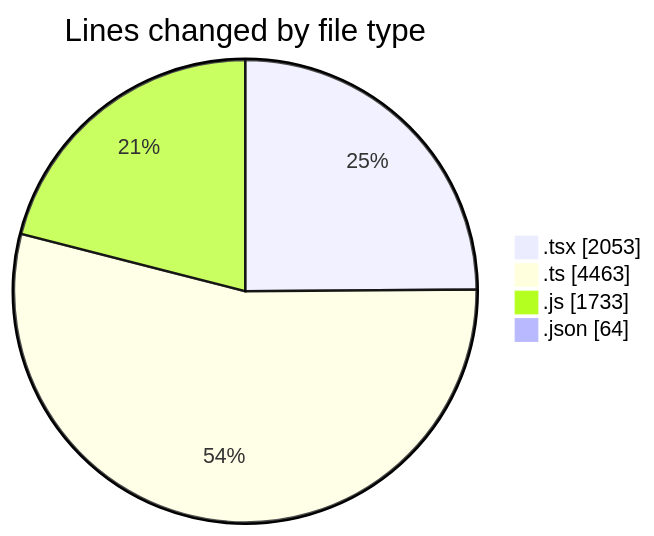
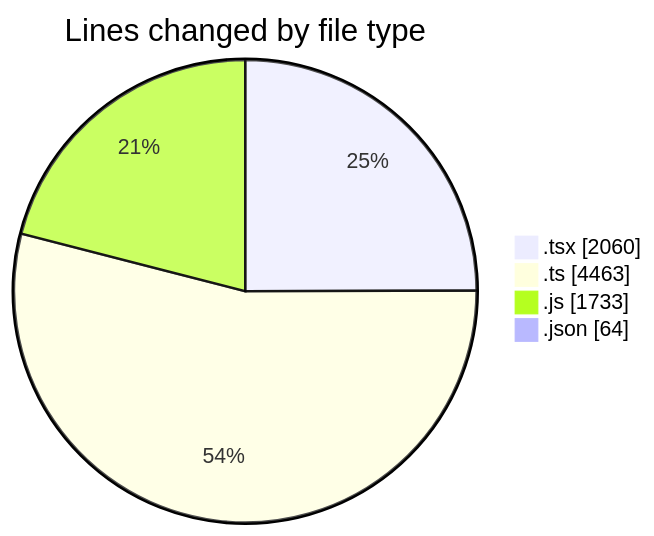
Before and after one commit to momahboobian/code-tracking: the first of 2 diagrams in 2026-07-30/cda/README.md, drawn with Mermaid. The commit also changed other lines of this file and 1 other file, not shown here.

````diff
--- a/2026-07-30/cda/README.md
+++ b/2026-07-30/cda/README.md
@@ -47,8 +47,8 @@
 ```mermaid
 pie showData
 title Lines changed by file type
-".tsx" : 2053
+".tsx" : 2060
 ".ts" : 4463
 ".js" : 1733
 ".json" : 64
 ```
````
